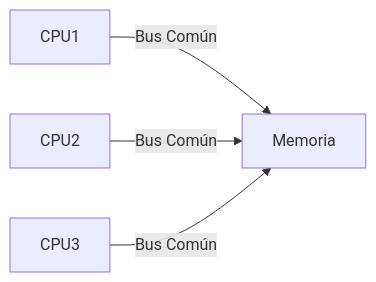
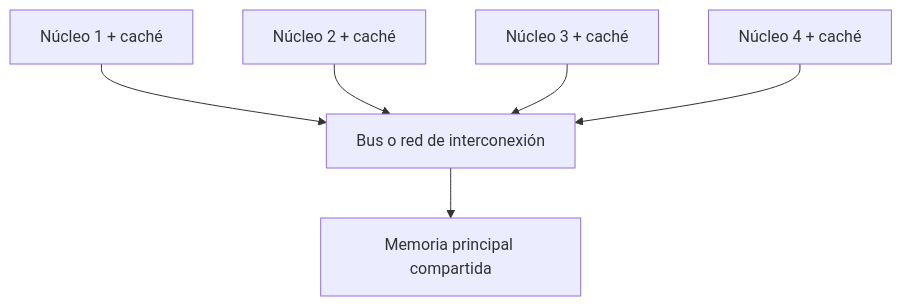
The first of 2 diagrams in public/documents/semester-1/3/1313.md (djaimej/computer-science-template), drawn with Mermaid before and after one commit. The commit also changed other lines of this file and 6 other files, not shown here.

````diff
--- a/public/documents/semester-1/3/1313.md
+++ b/public/documents/semester-1/3/1313.md
@@ -40,8 +36,9 @@
 ```mermaid
-flowchart LR
-    CPU1["CPU1"] -->|Bus Común| MEM["Memoria"]
-    CPU2["CPU2"] -->|Bus Común| MEM
-    CPU3["CPU3"] -->|Bus Común| MEM
-
-    MEM:::accent
+flowchart TB
+  C1["Núcleo 1 + caché"] --> BUS["Bus o red de interconexión"]
+  C2["Núcleo 2 + caché"] --> BUS
+  C3["Núcleo 3 + caché"] --> BUS
+  C4["Núcleo 4 + caché"] --> BUS
+  BUS --> MEM["Memoria principal compartida"]
+  MEM:::accent
 ```
````
